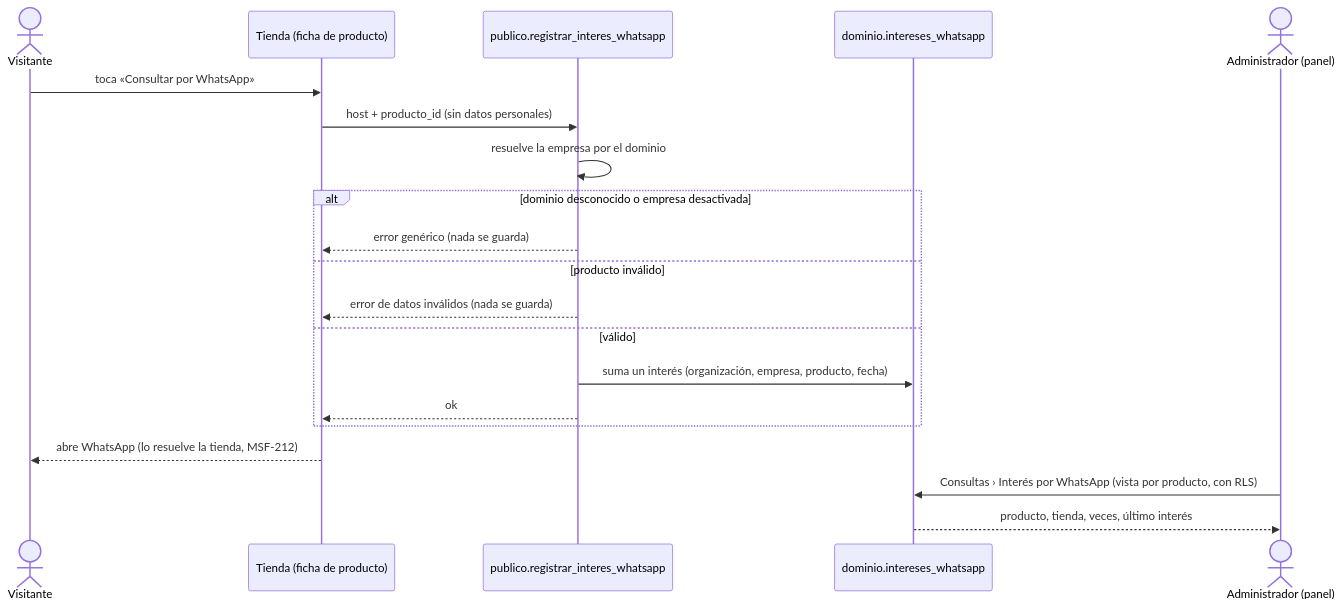
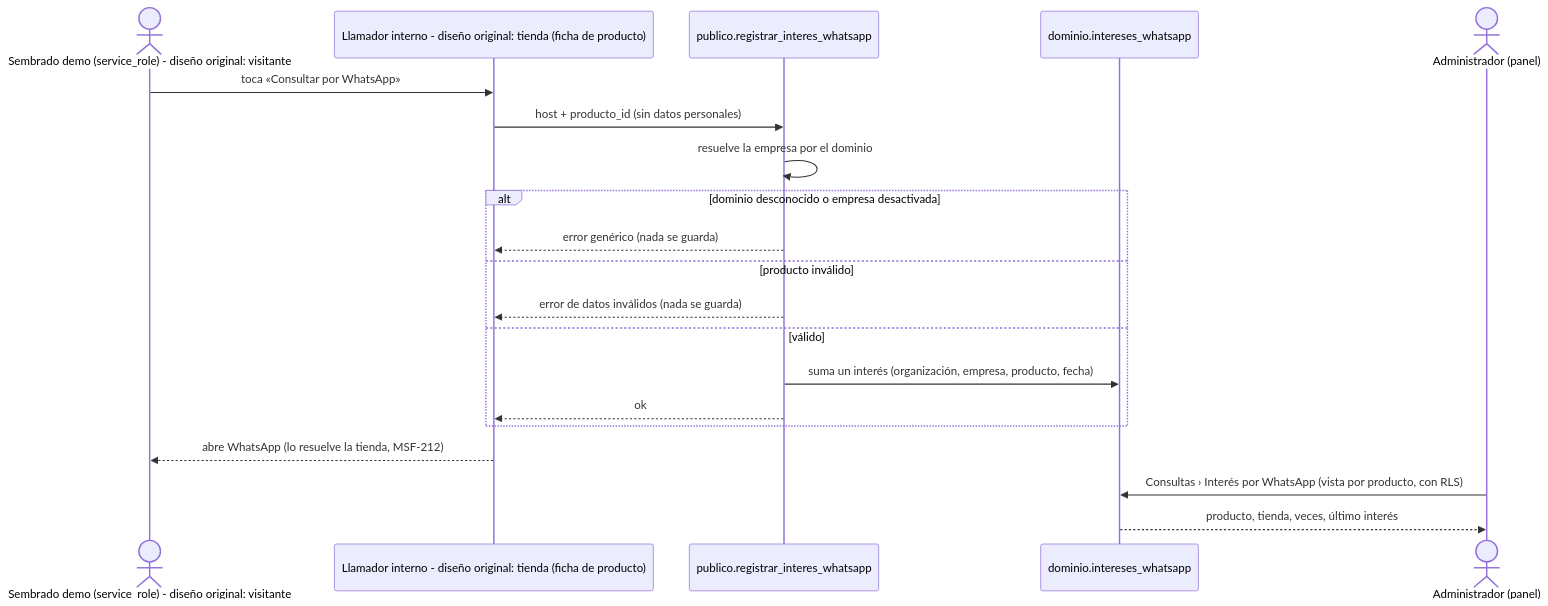
The first of 3 diagrams in specs/20261024-140000-consultas-seguimiento-y-whatsapp/spec.md (nicolasjones/multistorefront-meli), drawn with Mermaid before and after one commit. The commit also changed other lines of this file and 17 other files, not shown here.

````diff
--- a/specs/20261024-140000-consultas-seguimiento-y-whatsapp/spec.md
+++ b/specs/20261024-140000-consultas-seguimiento-y-whatsapp/spec.md
@@ -88,22 +88,22 @@
 ```mermaid
 sequenceDiagram
-  actor V as Visitante
-  participant T as Tienda (ficha de producto)
+  actor V as Sembrado demo (service_role) - diseño original: visitante
+  participant T as Llamador interno - diseño original: tienda (ficha de producto)
   participant R as publico.registrar_interes_whatsapp
   participant DB as dominio.intereses_whatsapp
   actor A as Administrador (panel)
   V->>T: toca «Consultar por WhatsApp»
   T->>R: host + producto_id (sin datos personales)
   R->>R: resuelve la empresa por el dominio
   alt dominio desconocido o empresa desactivada
     R-->>T: error genérico (nada se guarda)
   else producto inválido
     R-->>T: error de datos inválidos (nada se guarda)
   else válido
     R->>DB: suma un interés (organización, empresa, producto, fecha)
     R-->>T: ok
   end
   T-->>V: abre WhatsApp (lo resuelve la tienda, MSF-212)
   A->>DB: Consultas › Interés por WhatsApp (vista por producto, con RLS)
   DB-->>A: producto, tienda, veces, último interés
 ```
````
